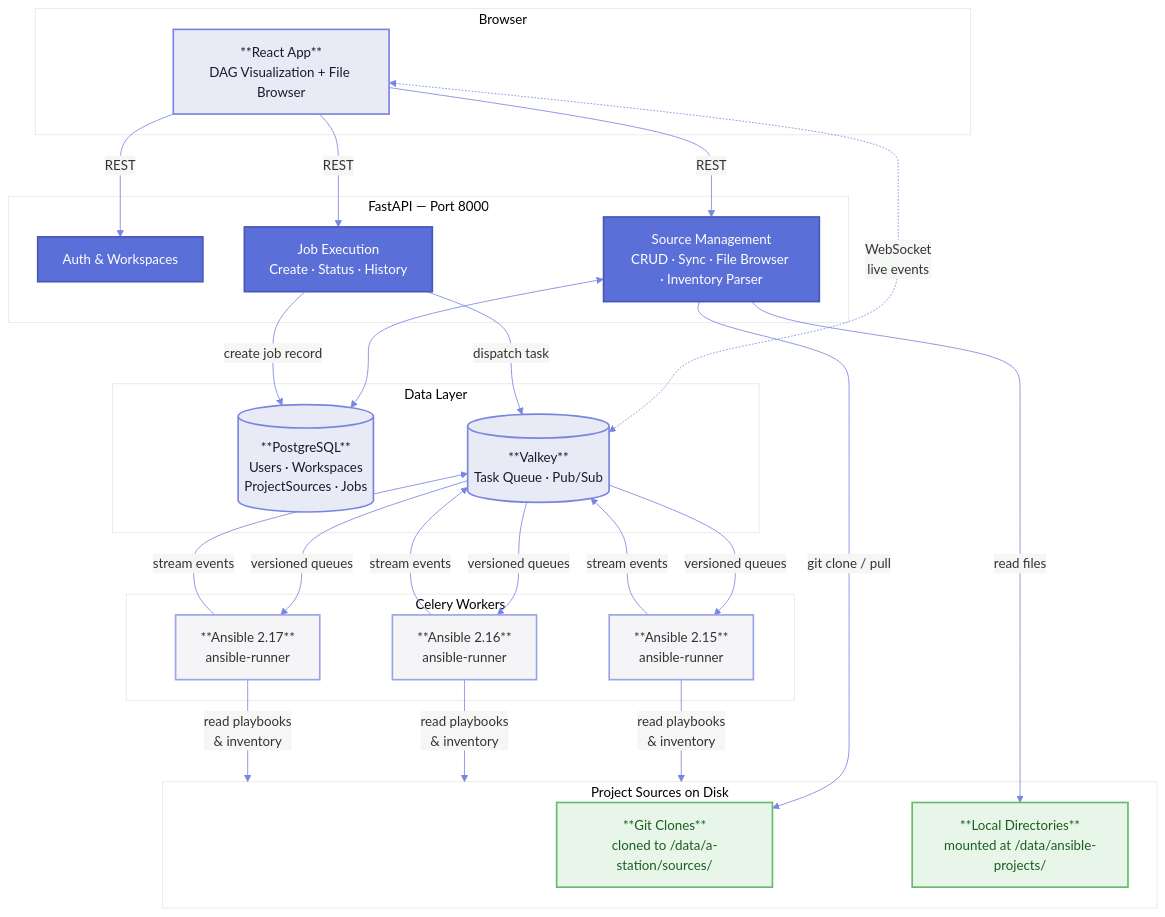
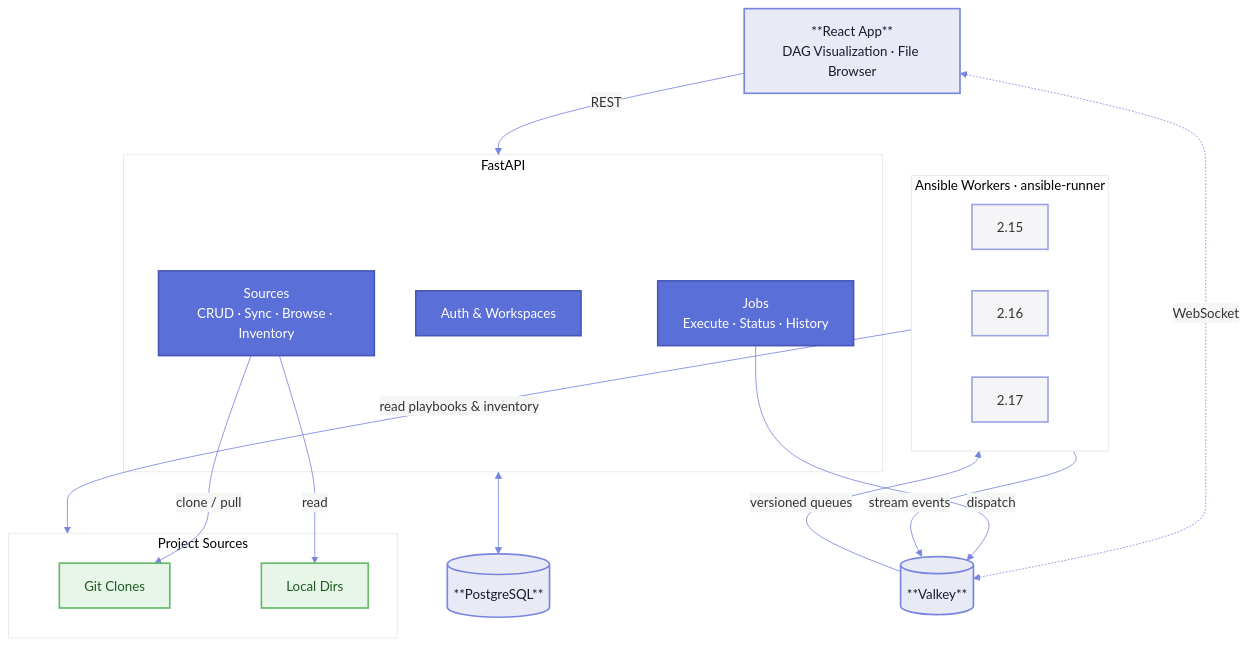
The diagram in README.md (JamesTTTT/A-station), drawn with Mermaid before and after one commit.

Commit message:
Clean up architecture diagram labels

````diff
--- a/README.md
+++ b/README.md
@@ -9,62 +9,51 @@
 ```mermaid
 %%{init: {
   'theme': 'base',
   'themeVariables': {
     'primaryColor': '#f5f5f7',
     'primaryTextColor': '#333333',
     'primaryBorderColor': '#5b6fd8',
     'lineColor': '#7986e0'
   }
 }}%%
 
 flowchart TB
     classDef primary fill:#5b6fd8,stroke:#4757b8,stroke-width:2px,color:#ffffff
     classDef secondary fill:#e8eaf6,stroke:#7986e0,stroke-width:2px,color:#1a1a2e
     classDef tertiary fill:#f5f5f7,stroke:#9ca4e8,stroke-width:2px,color:#333333
     classDef source fill:#e8f5e9,stroke:#66bb6a,stroke-width:2px,color:#1b5e20
 
-    subgraph Client["Browser"]
-        React["**React App**<br/>DAG Visualization + File Browser"]:::secondary
+    React["**React App**<br/>DAG Visualization · File Browser"]:::secondary
+
+    subgraph API["FastAPI"]
+        Auth["Auth & Workspaces"]:::primary
+        SourceAPI["Sources<br/>CRUD · Sync · Browse · Inventory"]:::primary
+        JobAPI["Jobs<br/>Execute · Status · History"]:::primary
     end
 
-    subgraph API_Layer["FastAPI — Port 8000"]
-        Auth["Auth & Workspaces"]:::primary
-        SourceAPI["Source Management<br/>CRUD · Sync · File Browser · Inventory Parser"]:::primary
-        JobAPI["Job Execution<br/>Create · Status · History"]:::primary
+    PG[("**PostgreSQL**")]:::secondary
+    Redis[("**Valkey**")]:::secondary
+
+    subgraph Sources["Project Sources"]
+        Git["Git Clones"]:::source
+        Local["Local Dirs"]:::source
     end
 
-    subgraph Data["Data Layer"]
-        PG[("**PostgreSQL**<br/>Users · Workspaces<br/>ProjectSources · Jobs")]:::secondary
-        Redis[("**Valkey**<br/>Task Queue · Pub/Sub")]:::secondary
+    subgraph Workers["Ansible Workers · ansible-runner"]
+        W15["2.15"]:::tertiary
+        W16["2.16"]:::tertiary
+        W17["2.17"]:::tertiary
     end
 
-    subgraph Sources["Project Sources on Disk"]
-        GitClone["**Git Clones**<br/>cloned to /data/a-station/sources/"]:::source
-        LocalDir["**Local Directories**<br/>mounted at /data/ansible-projects/"]:::source
-    end
+    React -->|REST| API
+    React <-.->|WebSocket| Redis
 
-    subgraph Workers["Celery Workers"]
-        W15["**Ansible 2.15**<br/>ansible-runner"]:::tertiary
-        W16["**Ansible 2.16**<br/>ansible-runner"]:::tertiary
-        W17["**Ansible 2.17**<br/>ansible-runner"]:::tertiary
-    end
+    SourceAPI -->|"clone / pull"| Git
+    SourceAPI -->|"read"| Local
+    API <--> PG
+    JobAPI -->|"dispatch"| Redis
 
-    React -->|REST| Auth
-    React -->|REST| SourceAPI
-    React -->|REST| JobAPI
-    React <-.->|WebSocket<br/>live events| Redis
-
-    SourceAPI -->|"git clone / pull"| GitClone
-    SourceAPI -->|"read files"| LocalDir
-    SourceAPI <--> PG
-
-    JobAPI -->|"create job record"| PG
-    JobAPI -->|"dispatch task"| Redis
-
-    Redis -->|"versioned queues"| W15
-    Redis -->|"versioned queues"| W16
-    Redis -->|"versioned queues"| W17
-
-    W15 & W16 & W17 -->|"read playbooks<br/>& inventory"| Sources
-    W15 & W16 & W17 -->|"stream events"| Redis
+    Redis -->|"versioned queues"| Workers
+    Workers -->|"read playbooks & inventory"| Sources
+    Workers -->|"stream events"| Redis
 ```
````
